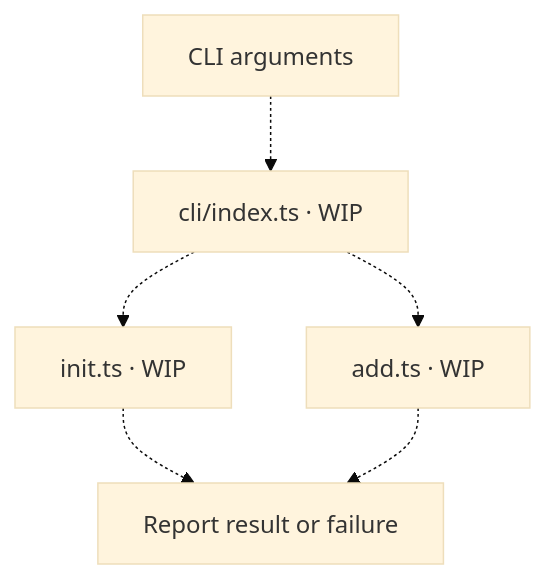
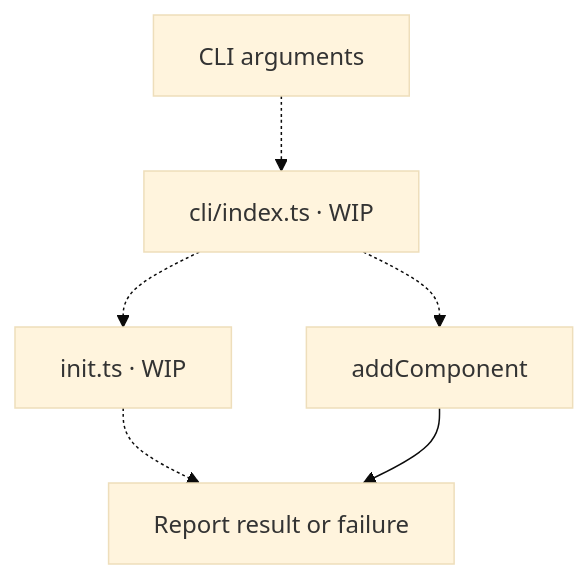
One commit to feuersteiner/bref-ui changed the first of 3 diagrams in cli/commands/README.md. Above: the diagram before and after it, drawn with Mermaid (base theme). The commit also changed other lines of this file and 7 other files, not shown here.

````diff
--- a/cli/commands/README.md
+++ b/cli/commands/README.md
@@ -13,8 +13,8 @@
 ```mermaid
 flowchart TD
     args["CLI arguments"] -.-> route["cli/index.ts · WIP"]
     route -.-> init["init.ts · WIP"]
-    route -.-> add["add.ts · WIP"]
+    route -.-> add["addComponent"]
     init -.-> report["Report result or failure"]
-    add -.-> report
+    add --> report
 ```
````
